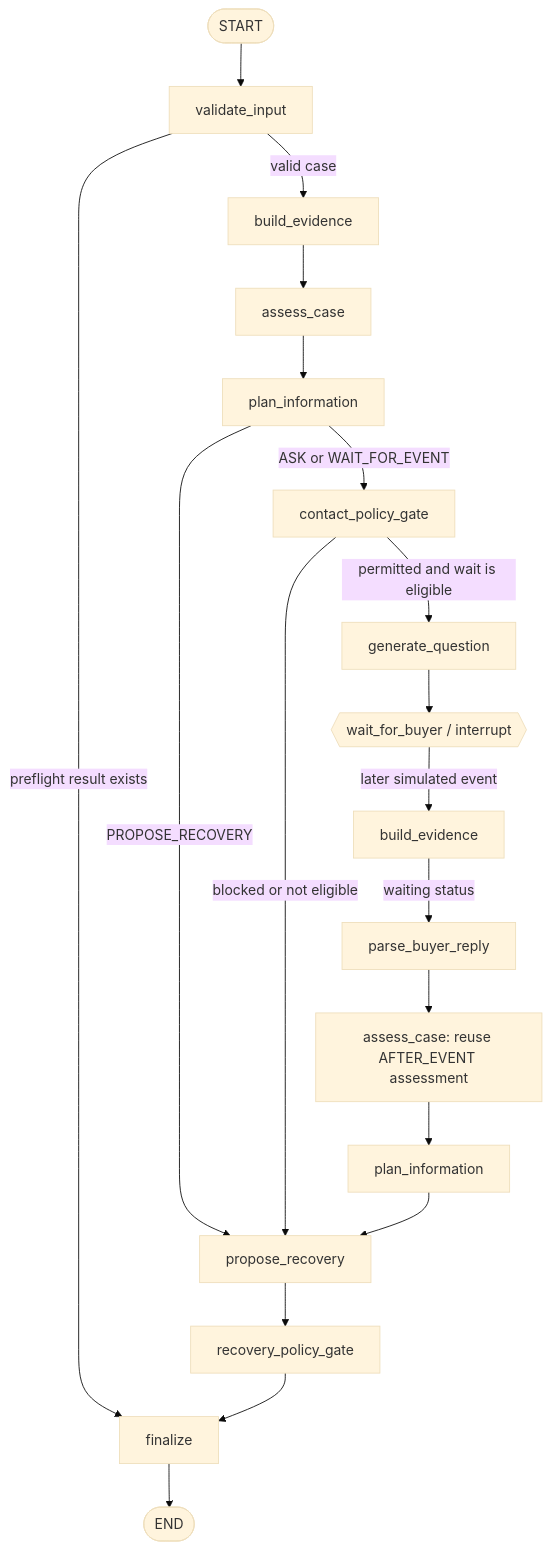
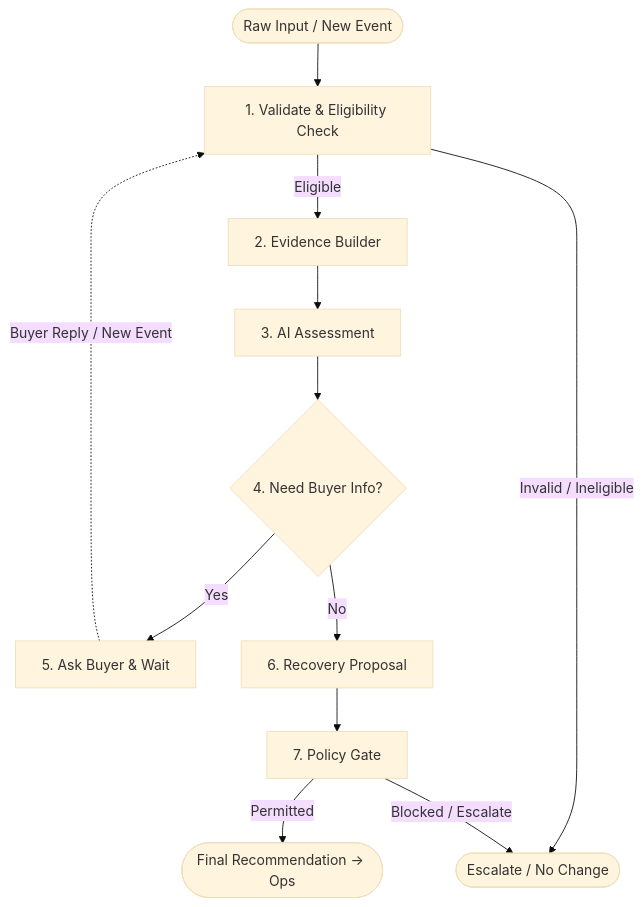
One commit to DazKha/Order-Rescue-LangGraph-Agent changed the diagram in order-rescue-agent/README.md. Above: the diagram before and after it, drawn with Mermaid (base theme). The commit also changed other lines of this file and 13 other files, not shown here.

````diff
--- a/order-rescue-agent/README.md
+++ b/order-rescue-agent/README.md
@@ -17,21 +7,14 @@
 ```mermaid
 flowchart TD
-    S([START]) --> V[validate_input]
-    V -->|preflight result exists| F[finalize]
-    V -->|valid case| B[build_evidence]
-    B --> A[assess_case]
-    A --> P[plan_information]
-    P -->|PROPOSE_RECOVERY| R[propose_recovery]
-    P -->|ASK or WAIT_FOR_EVENT| C[contact_policy_gate]
-    C -->|permitted and wait is eligible| Q[generate_question]
-    C -->|blocked or not eligible| R
-    Q --> W{{wait_for_buyer / interrupt}}
-    W -->|later simulated event| B2[build_evidence]
-    B2 -->|waiting status| E[parse_buyer_reply]
-    E --> A2[assess_case: reuse AFTER_EVENT assessment]
-    A2 --> P2[plan_information]
-    P2 --> R
-    R --> G[recovery_policy_gate]
-    G --> F
-    F --> X([END])
+    A([Raw Input / New Event]) --> B[1. Validate & Eligibility Check]
+    B -->|Eligible| C[2. Evidence Builder]
+    B -->|Invalid / Ineligible| X([Escalate / No Change])
+    C --> D[3. AI Assessment]
+    D --> E{4. Need Buyer Info?}
+    E -->|Yes| F[5. Ask Buyer & Wait]
+    F -.->|Buyer Reply / New Event| B
+    E -->|No| G[6. Recovery Proposal]
+    G --> H[7. Policy Gate]
+    H -->|Permitted| I([Final Recommendation → Ops])
+    H -->|Blocked / Escalate| X
 ```
````
